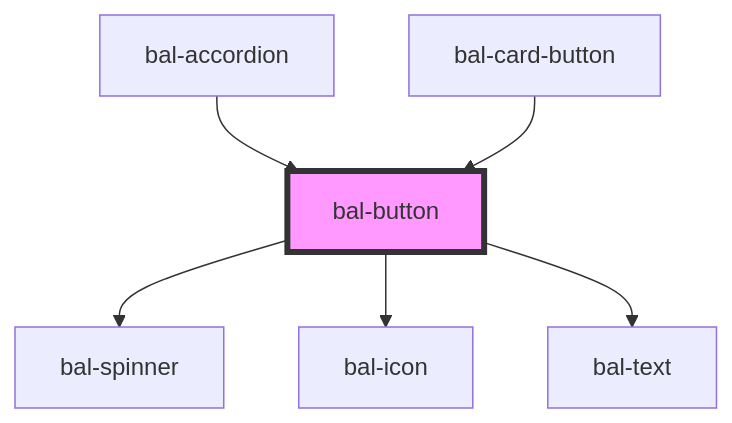
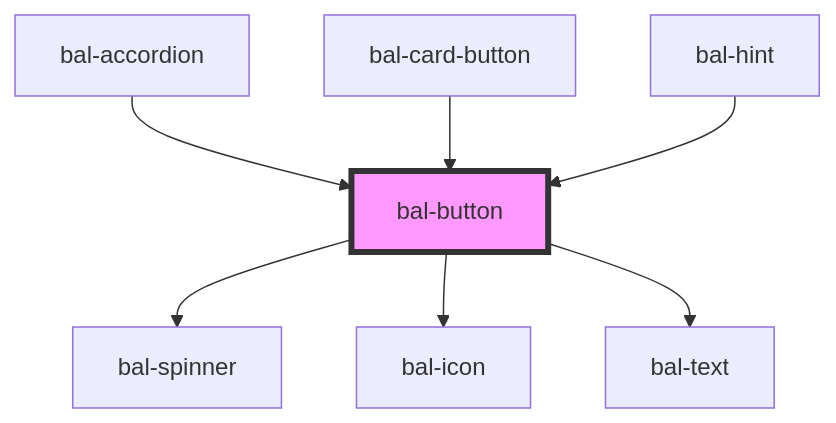
Before and after one commit to baloise/ui-library-next: the diagram in packages/library/src/components/bal-button/readme.md, drawn with Mermaid. The commit also changed other lines of this file and 16 other files, not shown here.

````diff
--- a/packages/library/src/components/bal-button/readme.md
+++ b/packages/library/src/components/bal-button/readme.md
@@ -44,9 +45,10 @@
 ```mermaid
 graph TD;
   bal-button --> bal-spinner
   bal-button --> bal-icon
   bal-button --> bal-text
   bal-accordion --> bal-button
   bal-card-button --> bal-button
+  bal-hint --> bal-button
   style bal-button fill:#f9f,stroke:#333,stroke-width:4px
 ```
````
